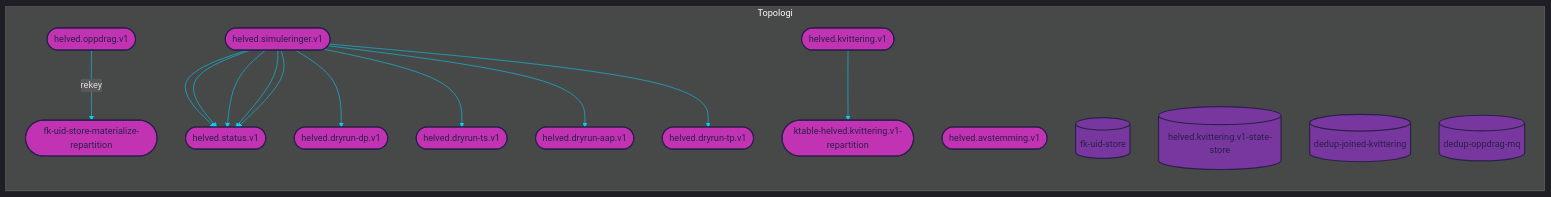
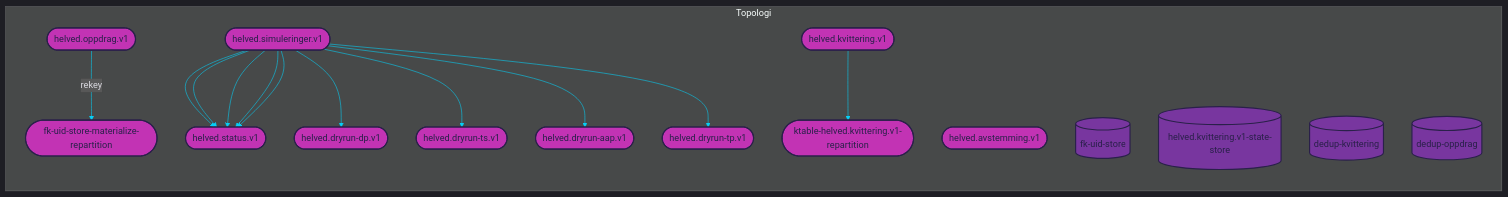
The diagram in dokumentasjon/urskog.mmd (navikt/helved-utbetaling), drawn with Mermaid before and after one commit. The commit also changed 10 other files, not shown here.

```diff
--- a/dokumentasjon/urskog.mmd
+++ b/dokumentasjon/urskog.mmd
@@ -1,92 +1,92 @@
 
 %%{init: {'theme': 'dark', 'themeVariables': { 'primaryColor': '#07cff6', 'textColor': '#dad9e0', 'lineColor': '#07cff6'}}}%%
 
 graph LR
 
 subgraph Topologi
     %% TOPICS
     helved.simuleringer.v1([helved.simuleringer.v1])
 	helved.dryrun-aap.v1([helved.dryrun-aap.v1])
 	helved.status.v1([helved.status.v1])
 	helved.dryrun-dp.v1([helved.dryrun-dp.v1])
 	helved.dryrun-ts.v1([helved.dryrun-ts.v1])
 	helved.dryrun-tp.v1([helved.dryrun-tp.v1])
 	helved.kvittering.v1([helved.kvittering.v1])
 	ktable-helved.kvittering.v1-repartition([ktable-helved.kvittering.v1-repartition])
 	fk-uid-store-materialize-repartition([fk-uid-store-materialize-repartition])
 	helved.oppdrag.v1([helved.oppdrag.v1])
 	helved.avstemming.v1([helved.avstemming.v1])
 
     %% JOINS
     
 
     %% STATE PROCESSORS
     
     
     %% STATE STORES
     fk-uid-store[(fk-uid-store)]
 	helved.kvittering.v1-state-store[(helved.kvittering.v1-state-store)]
-	dedup-joined-kvittering[(dedup-joined-kvittering)]
-	dedup-oppdrag-mq[(dedup-oppdrag-mq)]
+	dedup-kvittering[(dedup-kvittering)]
+	dedup-oppdrag[(dedup-oppdrag)]
     
     %% DATABASES
     
     
 
     %% PROCESSOR API JOBS
     
     
     %% JOIN STREAMS
     
 
     %% TABLE STREAMS
     
 
     %% JOB STREAMS
     
     
     %% BRANCH STREAMS
     
 
     %% REPARTITION STREAMS
     helved.oppdrag.v1 --> |rekey| fk-uid-store-materialize-repartition
     
     %% BASIC STREAMS
     helved.simuleringer.v1 --> helved.status.v1
 	helved.simuleringer.v1 --> helved.dryrun-dp.v1
 	helved.simuleringer.v1 --> helved.dryrun-ts.v1
 	helved.simuleringer.v1 --> helved.status.v1
 	helved.simuleringer.v1 --> helved.status.v1
 	helved.simuleringer.v1 --> helved.dryrun-aap.v1
 	helved.simuleringer.v1 --> helved.status.v1
 	helved.simuleringer.v1 --> helved.dryrun-tp.v1
 	helved.simuleringer.v1 --> helved.status.v1
 	helved.kvittering.v1 --> ktable-helved.kvittering.v1-repartition
     
     %% CUSTOM PROCESS STREAMS
     
 end
 
 %% COLORS
 %% light    #dad9e0
 %% purple   #78369f
 %% pink     #c233b4
 %% dark     #2a204a
 %% blue     #07cff6
 
 %% STYLES
 style helved.simuleringer.v1 fill:#c233b4, stroke:#2a204a, stroke-width:2px, color:#2a204a
 style helved.dryrun-aap.v1 fill:#c233b4, stroke:#2a204a, stroke-width:2px, color:#2a204a
 style helved.status.v1 fill:#c233b4, stroke:#2a204a, stroke-width:2px, color:#2a204a
 style helved.dryrun-dp.v1 fill:#c233b4, stroke:#2a204a, stroke-width:2px, color:#2a204a
 style helved.dryrun-ts.v1 fill:#c233b4, stroke:#2a204a, stroke-width:2px, color:#2a204a
 style helved.dryrun-tp.v1 fill:#c233b4, stroke:#2a204a, stroke-width:2px, color:#2a204a
 style helved.kvittering.v1 fill:#c233b4, stroke:#2a204a, stroke-width:2px, color:#2a204a
 style ktable-helved.kvittering.v1-repartition fill:#c233b4, stroke:#2a204a, stroke-width:2px, color:#2a204a
 style fk-uid-store-materialize-repartition fill:#c233b4, stroke:#2a204a, stroke-width:2px, color:#2a204a
 style helved.oppdrag.v1 fill:#c233b4, stroke:#2a204a, stroke-width:2px, color:#2a204a
 style helved.avstemming.v1 fill:#c233b4, stroke:#2a204a, stroke-width:2px, color:#2a204a
 style fk-uid-store fill:#78369f, stroke:#2a204a, stroke-width:2px, color:#2a204a
 style helved.kvittering.v1-state-store fill:#78369f, stroke:#2a204a, stroke-width:2px, color:#2a204a
-style dedup-joined-kvittering fill:#78369f, stroke:#2a204a, stroke-width:2px, color:#2a204a
-style dedup-oppdrag-mq fill:#78369f, stroke:#2a204a, stroke-width:2px, color:#2a204a
+style dedup-kvittering fill:#78369f, stroke:#2a204a, stroke-width:2px, color:#2a204a
+style dedup-oppdrag fill:#78369f, stroke:#2a204a, stroke-width:2px, color:#2a204a
```
